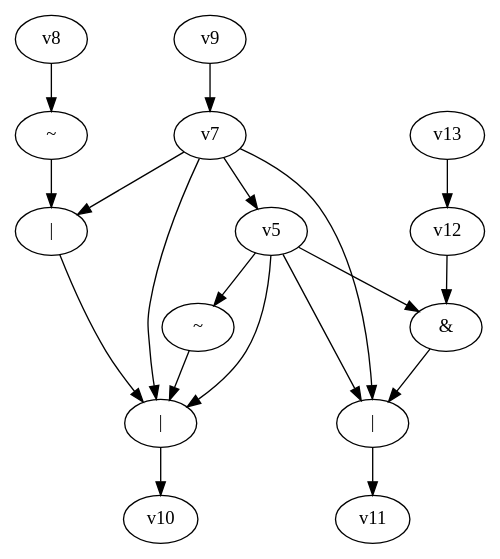
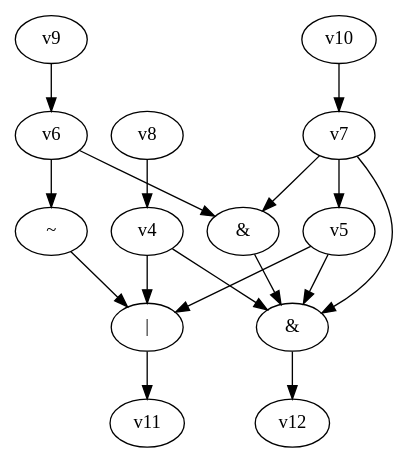
Before and after one commit to yadej/graph_project: the diagram in dot_files/random_bool_circ.dot, drawn with Graphviz. The commit also changed 1 other file, not shown here.

```diff
--- a/dot_files/random_bool_circ.dot
+++ b/dot_files/random_bool_circ.dot
@@ -1,26 +1,22 @@
 digraph G { 
 v0 [label="|"]; 
-v1 [label="~"]; 
-v2 [label="|"]; 
-v3 [label="|"]; 
-v4 [label="&"]; 
-v6 [label="~"]; 
-v0 -> v10;
-v1 -> v0;
-v2 -> v11;
+v1 [label="&"]; 
+v2 [label="&"]; 
+v3 [label="~"]; 
+v0 -> v11;
+v1 -> v12;
+v2 -> v1;
 v3 -> v0;
-v4 -> v2;
+v4 -> v0;
+v4 -> v1;
 v5 -> v0;
 v5 -> v1;
-v5 -> v2;
-v5 -> v4;
+v6 -> v2;
 v6 -> v3;
-v7 -> v0;
+v7 -> v1;
 v7 -> v2;
-v7 -> v3;
 v7 -> v5;
-v8 -> v6;
-v9 -> v7;
-v12 -> v4;
-v13 -> v12;
+v8 -> v4;
+v9 -> v6;
+v10 -> v7;
 }
```
